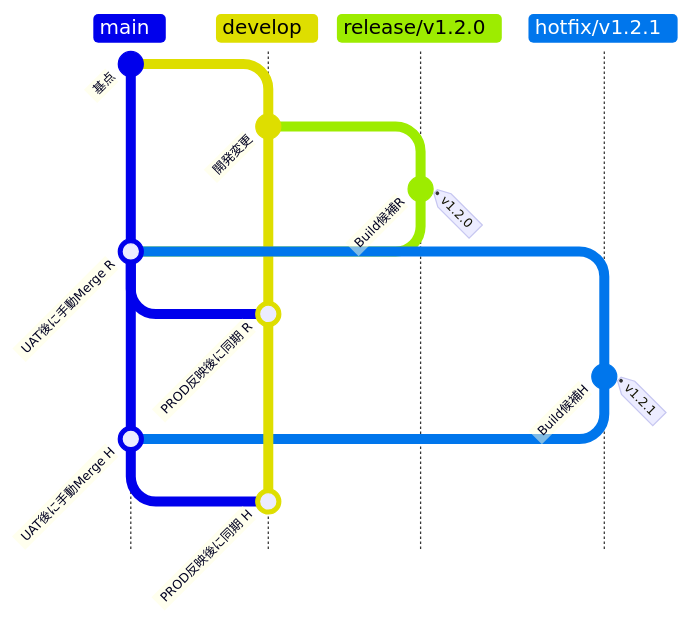
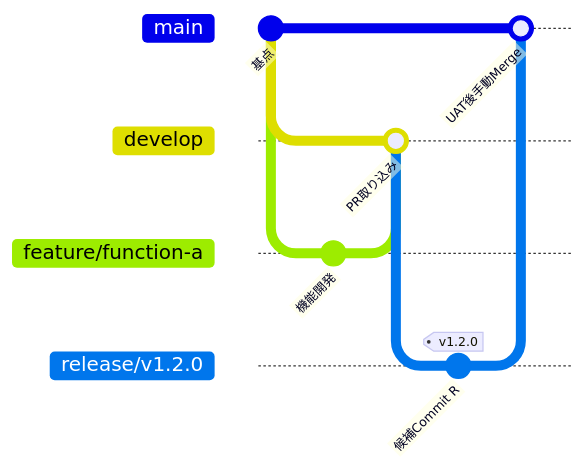
One commit to ShimaBell0619/cicd-demo changed the first of 5 diagrams in docs/方式設計書/CI_CD_方式設計書.md. Above: the diagram before and after it, drawn with Mermaid. The commit also changed other lines of this file, not shown here.

````diff
--- a/docs/方式設計書/CI_CD_方式設計書.md
+++ b/docs/方式設計書/CI_CD_方式設計書.md
@@ -101,19 +104,13 @@
 ```mermaid
-gitGraph TB:
+gitGraph LR:
     commit id: "基点"
     branch develop
-    commit id: "開発変更"
+    branch "feature/function-a"
+    commit id: "機能開発"
+    checkout develop
+    merge "feature/function-a" id: "PR取り込み"
     branch "release/v1.2.0"
-    commit id: "Build候補R" tag: "v1.2.0"
+    commit id: "候補Commit R" tag: "v1.2.0"
     checkout main
-    merge "release/v1.2.0" id: "UAT後に手動Merge R"
-    checkout develop
-    merge main id: "PROD反映後に同期 R"
-    checkout main
-    branch "hotfix/v1.2.1"
-    commit id: "Build候補H" tag: "v1.2.1"
-    checkout main
-    merge "hotfix/v1.2.1" id: "UAT後に手動Merge H"
-    checkout develop
-    merge main id: "PROD反映後に同期 H"
+    merge "release/v1.2.0" id: "UAT後手動Merge"
 ```
````
